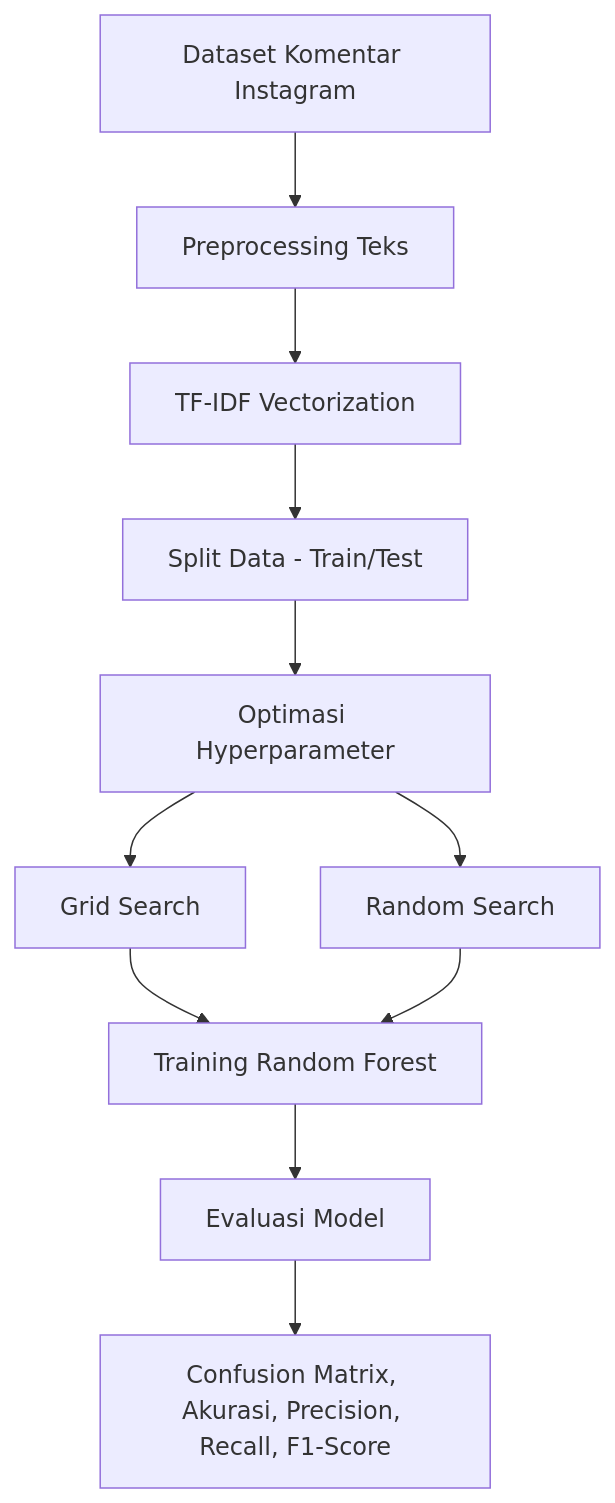
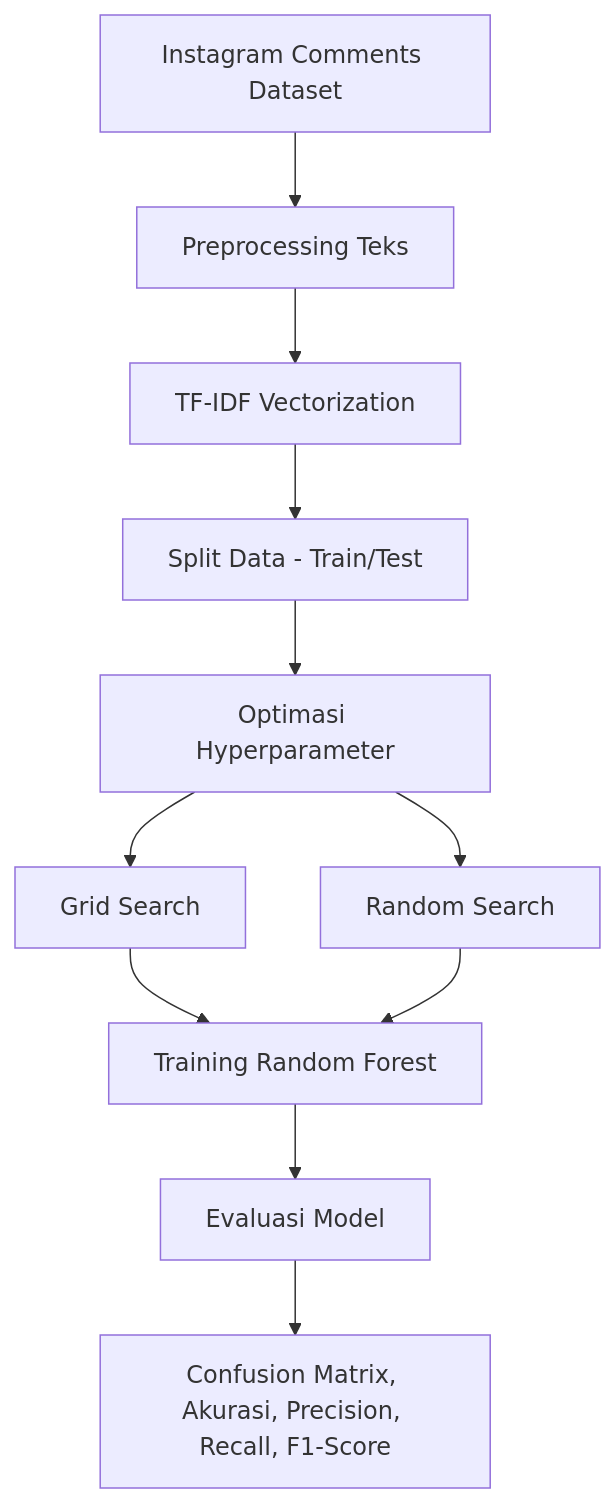
The diagram in README.md (Ahmadd1998/sentiment-analyst-), drawn with Mermaid before and after one commit.

````diff
--- a/README.md
+++ b/README.md
@@ -19,13 +19,13 @@
 ```mermaid
 flowchart TD
-A[Dataset Komentar Instagram] --> B[Preprocessing Teks]
+A[Instagram Comments Dataset] --> B[Preprocessing Teks]
 B --> C[TF-IDF Vectorization]
 C --> D[Split Data - Train/Test]
 D --> E[Optimasi Hyperparameter]
 E --> E1[Grid Search]
 E --> E2[Random Search]
 E1 --> F[Training Random Forest]
 E2 --> F[Training Random Forest]
 F --> G[Evaluasi Model]
 G --> H[Confusion Matrix, Akurasi, Precision, Recall, F1-Score]
 ```
````
